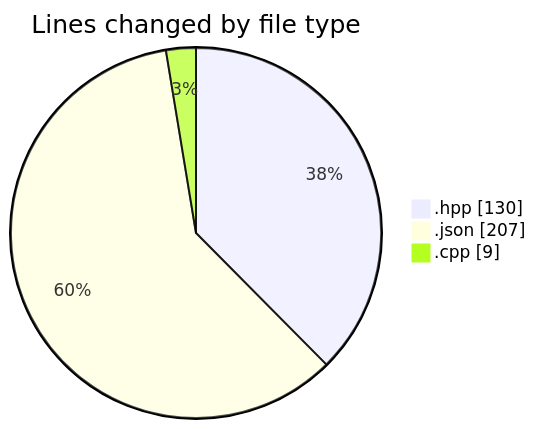
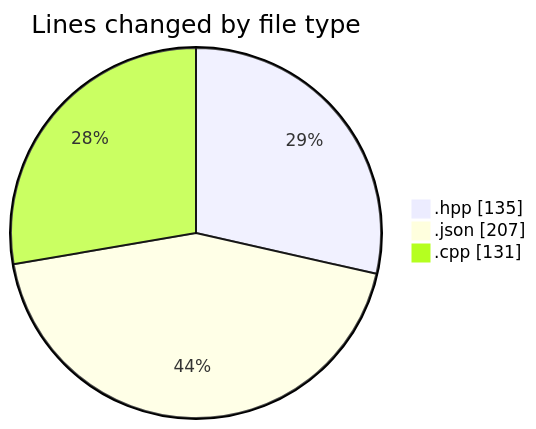
Before and after one commit to Netris89/code-tracking: the first of 2 diagrams in 2025-04-29/date/README.md, drawn with Mermaid. The commit also changed other lines of this file and 1 other file, not shown here.

````diff
--- a/2025-04-29/date/README.md
+++ b/2025-04-29/date/README.md
@@ -24,7 +25,7 @@
 ```mermaid
 pie showData
 title Lines changed by file type
-".hpp" : 130
+".hpp" : 135
 ".json" : 207
-".cpp" : 9
+".cpp" : 131
 ```
````
